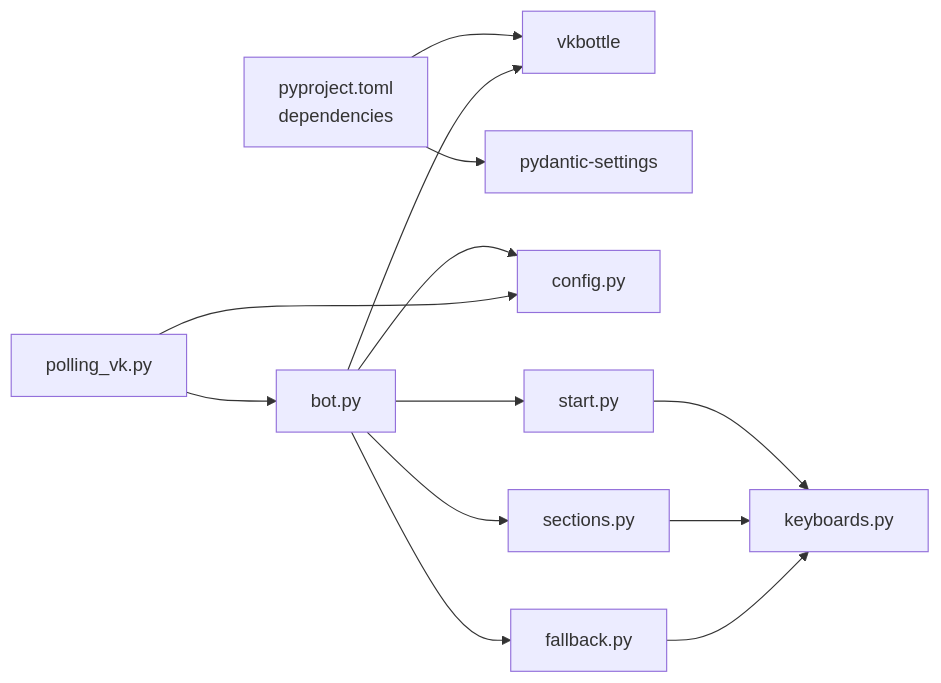
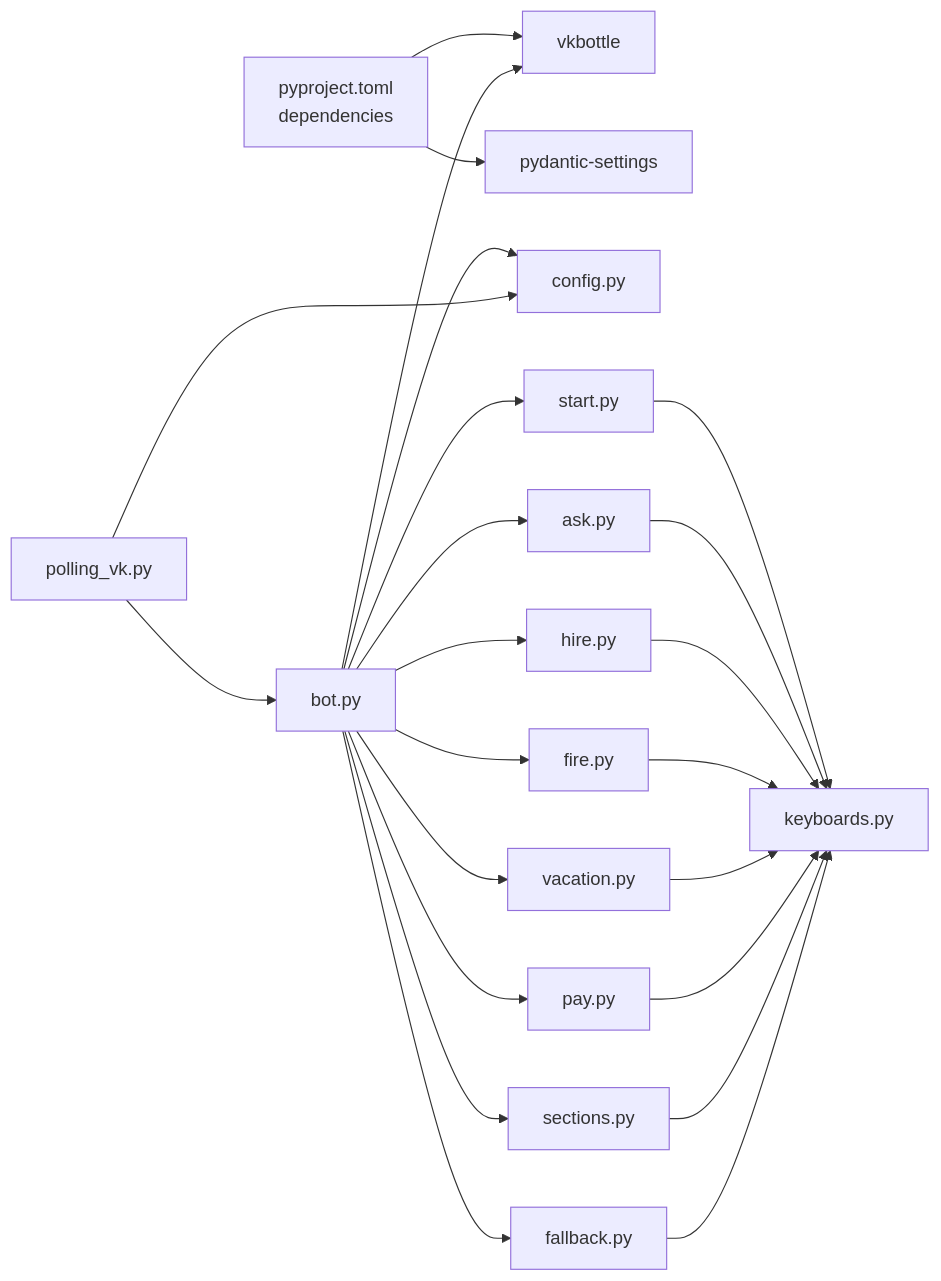
Before and after one commit to ognelis/cafetera_hr_bot: the sixth of 6 diagrams in .qoder/repowiki/en/content/VK Integration/Bot Factory.md, drawn with Mermaid. The commit also changed other lines of this file and 16 other files, not shown here.

````diff
--- a/.qoder/repowiki/en/content/VK Integration/Bot Factory.md
+++ b/.qoder/repowiki/en/content/VK Integration/Bot Factory.md
@@ -324,15 +402,25 @@
 ```mermaid
 graph LR
 PY["pyproject.toml<br/>dependencies"] --> VK["vkbottle"]
 PY --> PS["pydantic-settings"]
 BOT["bot.py"] --> VK
 BOT --> CFG["config.py"]
 BOT --> START["start.py"]
+BOT --> ASK["ask.py"]
+BOT --> HIRE["hire.py"]
+BOT --> FIRE["fire.py"]
+BOT --> VAC["vacation.py"]
+BOT --> PAY["pay.py"]
 BOT --> SECT["sections.py"]
 BOT --> FALL["fallback.py"]
 START --> KBD["keyboards.py"]
+ASK --> KBD
+HIRE --> KBD
+FIRE --> KBD
+VAC --> KBD
+PAY --> KBD
 SECT --> KBD
 FALL --> KBD
 POLL["polling_vk.py"] --> BOT
 POLL --> CFG
 ```
````
